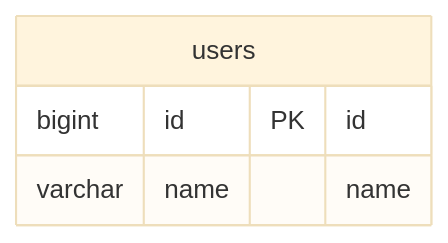
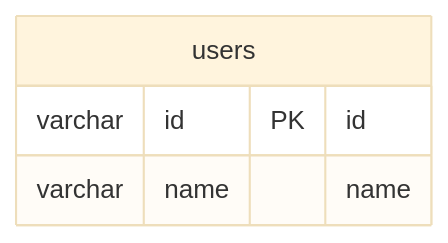
One commit to nakayan5/go-redis-sample changed the diagram in README.md. Above: the diagram before and after it, drawn with Mermaid (base theme).

Commit message:
update: readme

````diff
--- a/README.md
+++ b/README.md
@@ -16,7 +16,7 @@
 ```mermaid
 erDiagram
     users {
-        bigint id PK "id"
+        varchar id PK "id"
         varchar name "name"
     }
 ```
````
